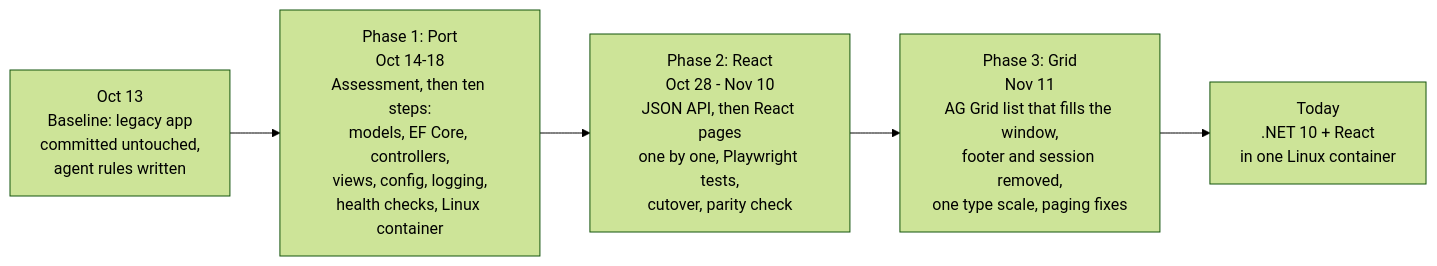
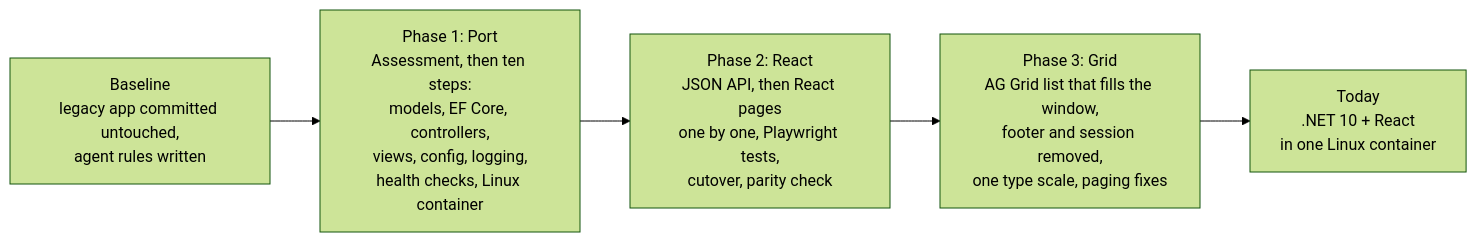
Before and after one commit to noctua-innovations-inc/eShopMvc: the third of 3 diagrams in README.md, drawn with Mermaid (forest theme). The commit also changed other lines of this file, not shown here.

Commit message:
README: "a few hours" headline, dateless phase diagram, note on calendar time versus effort

````diff
--- a/README.md
+++ b/README.md
@@ -113,10 +117,10 @@
 ```mermaid
 flowchart LR
-    S["Oct 13<br/>Baseline: legacy app<br/>committed untouched,<br/>agent rules written"]
-    P1["Phase 1: Port<br/>Oct 14-18<br/>Assessment, then ten steps:<br/>models, EF Core, controllers,<br/>views, config, logging,<br/>health checks, Linux container"]
-    P2["Phase 2: React<br/>Oct 28 - Nov 10<br/>JSON API, then React pages<br/>one by one, Playwright tests,<br/>cutover, parity check"]
-    P3["Phase 3: Grid<br/>Nov 11<br/>AG Grid list that fills the window,<br/>footer and session removed,<br/>one type scale, paging fixes"]
+    S["Baseline<br/>legacy app committed untouched,<br/>agent rules written"]
+    P1["Phase 1: Port<br/>Assessment, then ten steps:<br/>models, EF Core, controllers,<br/>views, config, logging,<br/>health checks, Linux container"]
+    P2["Phase 2: React<br/>JSON API, then React pages<br/>one by one, Playwright tests,<br/>cutover, parity check"]
+    P3["Phase 3: Grid<br/>AG Grid list that fills the window,<br/>footer and session removed,<br/>one type scale, paging fixes"]
     E["Today<br/>.NET 10 + React<br/>in one Linux container"]
 
     S --> P1 --> P2 --> P3 --> E
 ```
````
